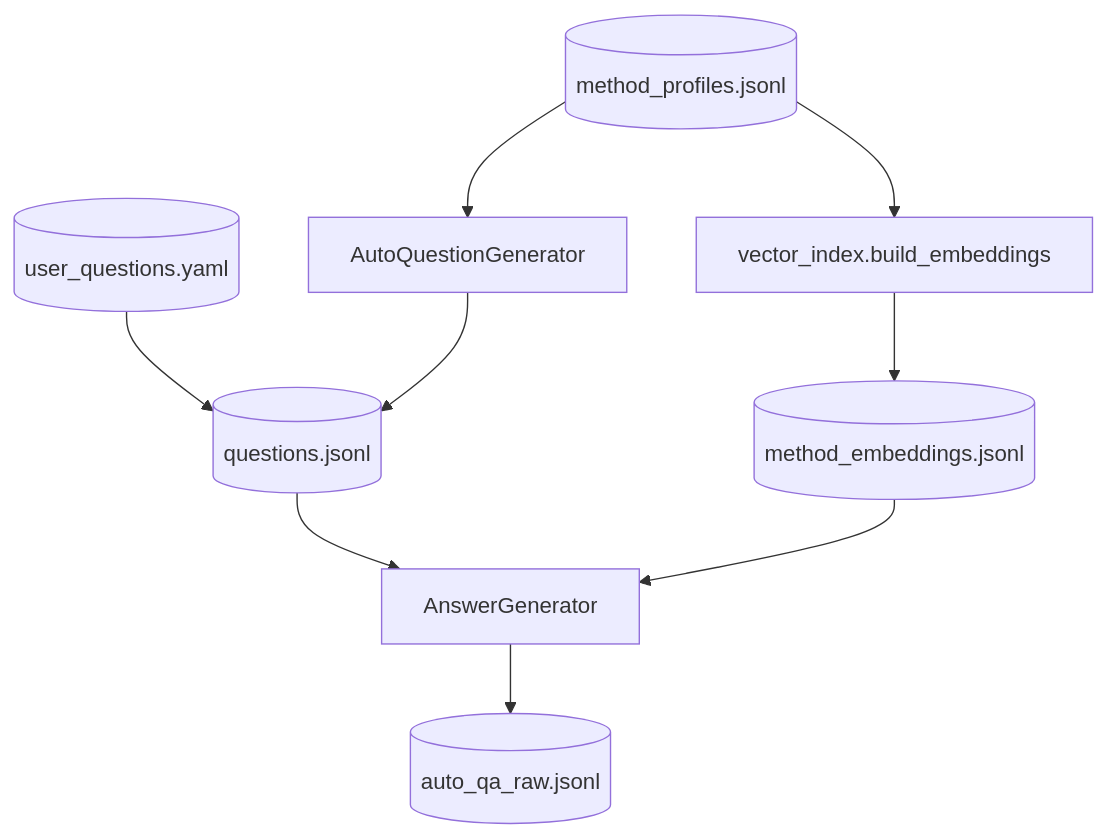
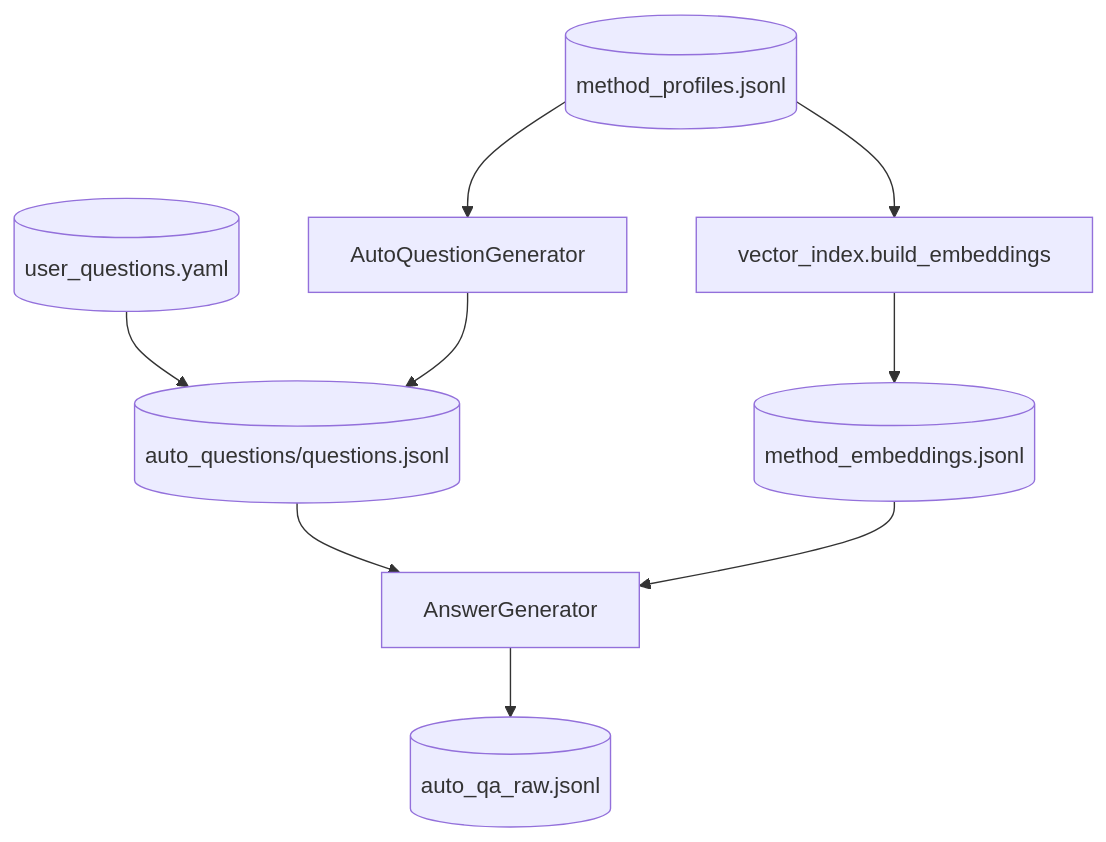
Before and after one commit to FlutteryEmbers/intelligent_code: the diagram in docs/pipeline/03-question-answer-step.md, drawn with Mermaid. The commit also changed other lines of this file and 15 other files, not shown here.

````diff
--- a/docs/pipeline/03-question-answer-step.md
+++ b/docs/pipeline/03-question-answer-step.md
@@ -66,11 +66,11 @@
 ```mermaid
 flowchart TD
   P[(method_profiles.jsonl)] --> C[vector_index.build_embeddings]
   P --> D[AutoQuestionGenerator]
-  U[(user_questions.yaml)] --> Q[(questions.jsonl)]
+  U[(user_questions.yaml)] --> Q[(auto_questions/questions.jsonl)]
   D --> Q
   C --> E[(method_embeddings.jsonl)]
   Q --> F[AnswerGenerator]
   E --> F
   F --> O[(auto_qa_raw.jsonl)]
 ```
````
